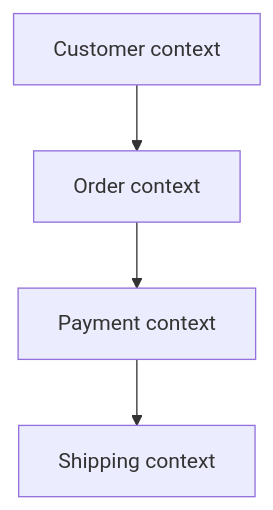
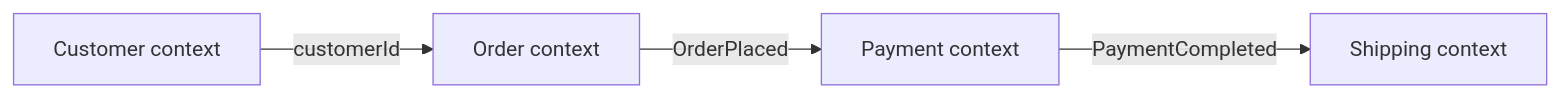
The seventh of 22 diagrams in 08-microservices/README.md (hareramcse/SystemDesign), drawn with Mermaid before and after one commit. The commit also changed other lines of this file and 14 other files, not shown here.

````diff
--- a/08-microservices/README.md
+++ b/08-microservices/README.md
@@ -1113,6 +747,6 @@
 ```mermaid
-flowchart TB
-    CU[Customer context] --> OR[Order context]
-    OR --> PA[Payment context]
-    PA --> SH[Shipping context]
+flowchart LR
+    CU[Customer context] -->|customerId| OR[Order context]
+    OR -->|OrderPlaced| PA[Payment context]
+    PA -->|PaymentCompleted| SH[Shipping context]
 ```
````
